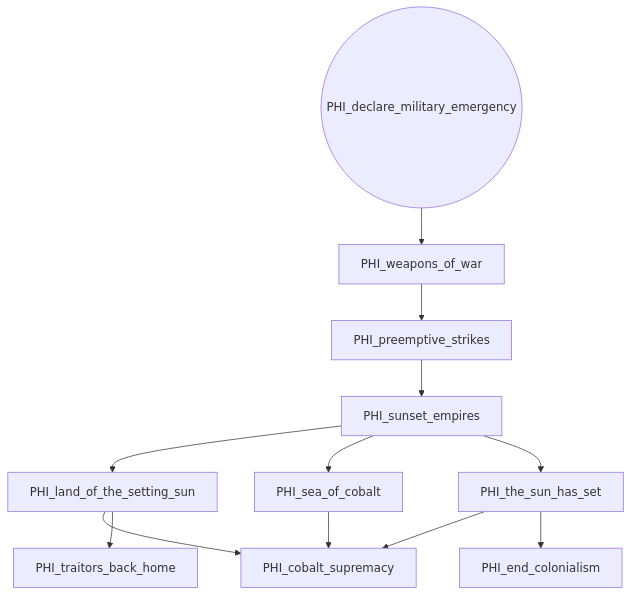
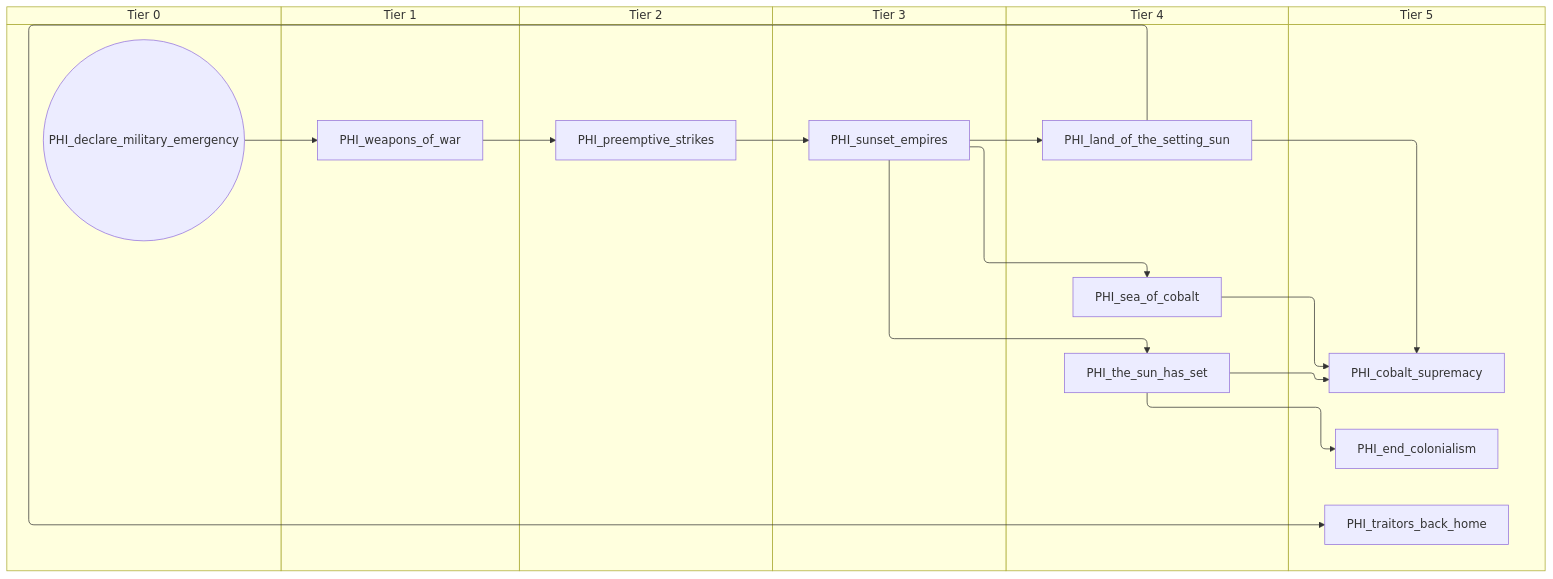
One commit to evgeny-sobol/hoi4-sandbox-mode-r56 changed the second of 7 diagrams in docs/gdd/National Focuses/r56/philippines.md. Above: the diagram before and after it, drawn with Mermaid. The commit also changed other lines of this file and 423 other files, not shown here.

First line of the commit message:
Re-export Rt56 focus trees as swimlane diagrams

````diff
--- a/docs/gdd/National Focuses/r56/philippines.md
+++ b/docs/gdd/National Focuses/r56/philippines.md
@@ -244,24 +276,36 @@
 ```mermaid
-flowchart TD
-    n85["PHI_cobalt_supremacy"]
-    n86(("PHI_declare_military_emergency"))
-    n87["PHI_end_colonialism"]
-    n88["PHI_land_of_the_setting_sun"]
-    n89["PHI_preemptive_strikes"]
-    n90["PHI_sea_of_cobalt"]
-    n91["PHI_sunset_empires"]
-    n92["PHI_the_sun_has_set"]
-    n93["PHI_traitors_back_home"]
-    n94["PHI_weapons_of_war"]
-    n88 --> n85
-    n92 --> n85
-    n90 --> n85
-    n92 --> n87
-    n91 --> n88
-    n94 --> n89
-    n91 --> n90
-    n89 --> n91
+swimlane-beta TD
+    subgraph tier_0["Tier 0"]
+        n85(("PHI_declare_military_emergency"))
+    end
+    subgraph tier_1["Tier 1"]
+        n86["PHI_weapons_of_war"]
+    end
+    subgraph tier_2["Tier 2"]
+        n87["PHI_preemptive_strikes"]
+    end
+    subgraph tier_3["Tier 3"]
+        n88["PHI_sunset_empires"]
+    end
+    subgraph tier_4["Tier 4"]
+        n89["PHI_land_of_the_setting_sun"]
+        n90["PHI_sea_of_cobalt"]
+        n91["PHI_the_sun_has_set"]
+    end
+    subgraph tier_5["Tier 5"]
+        n92["PHI_cobalt_supremacy"]
+        n93["PHI_end_colonialism"]
+        n94["PHI_traitors_back_home"]
+    end
+    n89 --> n92
     n91 --> n92
-    n88 --> n93
-    n86 --> n94
+    n90 --> n92
+    n91 --> n93
+    n88 --> n89
+    n86 --> n87
+    n88 --> n90
+    n87 --> n88
+    n88 --> n91
+    n89 --> n94
+    n85 --> n86
 ```
````
